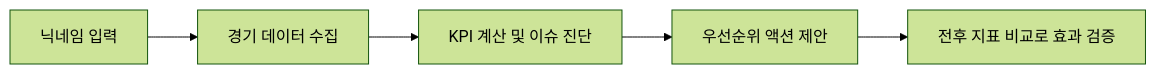
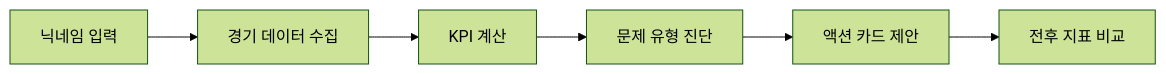
The first of 2 diagrams in README.md (minzai0116/fcoach), drawn with Mermaid (forest theme) before and after one commit. The commit also changed other lines of this file, not shown here.

````diff
--- a/README.md
+++ b/README.md
@@ -30,7 +35,8 @@
 ```mermaid
 flowchart LR
     A["닉네임 입력"] --> B["경기 데이터 수집"]
-    B --> C["KPI 계산 및 이슈 진단"]
-    C --> D["우선순위 액션 제안"]
-    D --> E["전후 지표 비교로 효과 검증"]
+    B --> C["KPI 계산"]
+    C --> D["문제 유형 진단"]
+    D --> E["액션 카드 제안"]
+    E --> F["전후 지표 비교"]
 ```
````
